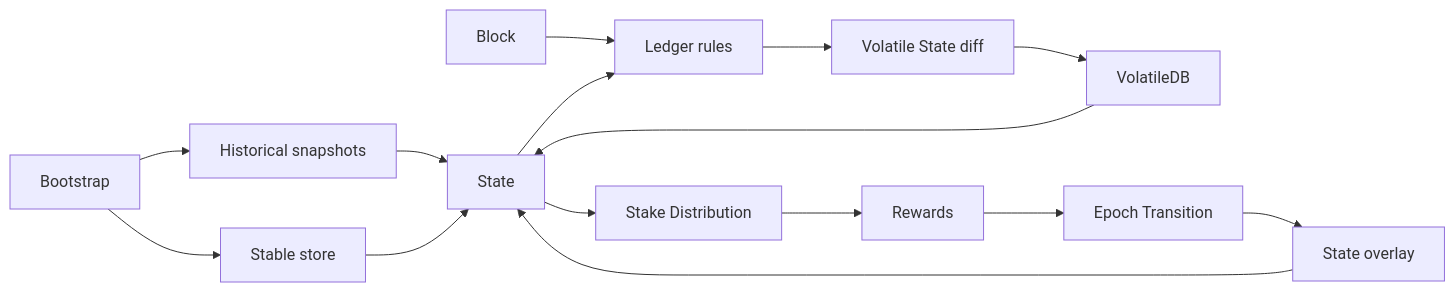
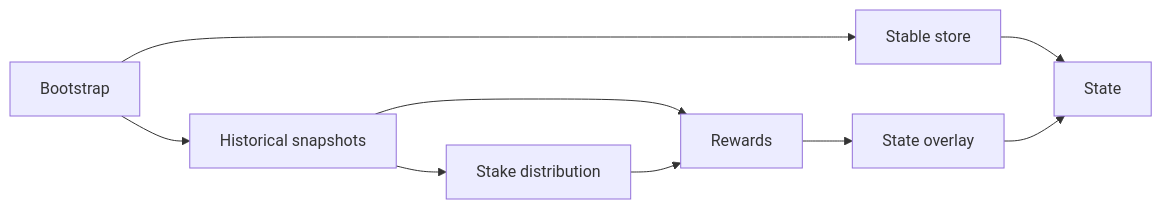
Before and after one commit to mmahut/amaru: the first of 3 diagrams in crates/amaru-ledger/README.md, drawn with Mermaid. The commit also changed other lines of this file, not shown here.

Commit message:
chore: adjust ledger's README.

````diff
--- a/crates/amaru-ledger/README.md
+++ b/crates/amaru-ledger/README.md
@@ -28,20 +30,19 @@
 ```mermaid
 flowchart LR
-    BT["Bootstrap"] --> SS["Stable store"]
-    BT["Bootstrap"] --> HS["Historical snapshots"]
-    HS --> ST["State<S, HS>"]
-    SS --> ST
-    VS["VolatileDB"] --> ST
+    BT["Bootstrap"]
+    HS["Historical snapshots"]
+    LS["State"]
+    RW["Rewards"]
+    SD["Stake distribution"]
+    SS["Stable store"]
+    SO["State overlay"]
 
-    BK["Block"] --> LR["Ledger rules"]
-    ST --> LR["Ledger rules"]
-    LR --> VD["Volatile State diff"]
-    VD --> VS
-
-    ST --> SD["Stake Distribution"]
-    SD --> RW["Rewards"]
-    RW --> ET["Epoch Transition"]
-    ET --> OS["State overlay"]
-    OS --> ST
-
+    BT --> HS
+    BT --> SS
+    SS --> LS
+    HS --> SD
+    HS --> RW
+    SD --> RW
+    RW --> SO
+    SO --> LS
 ```
````
